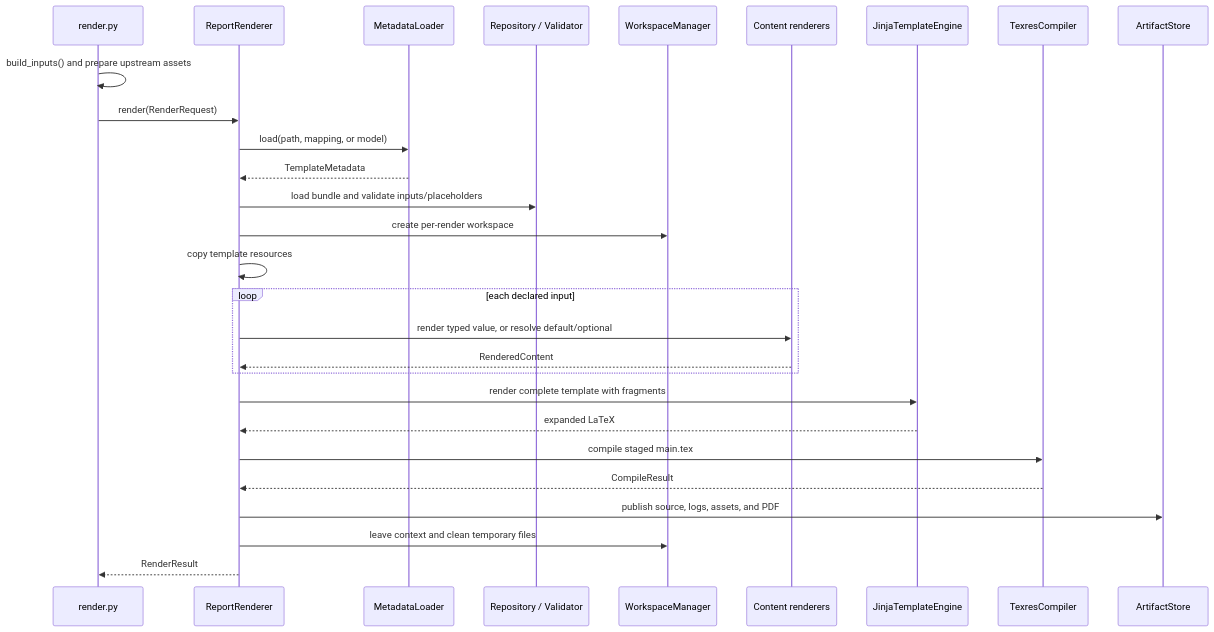
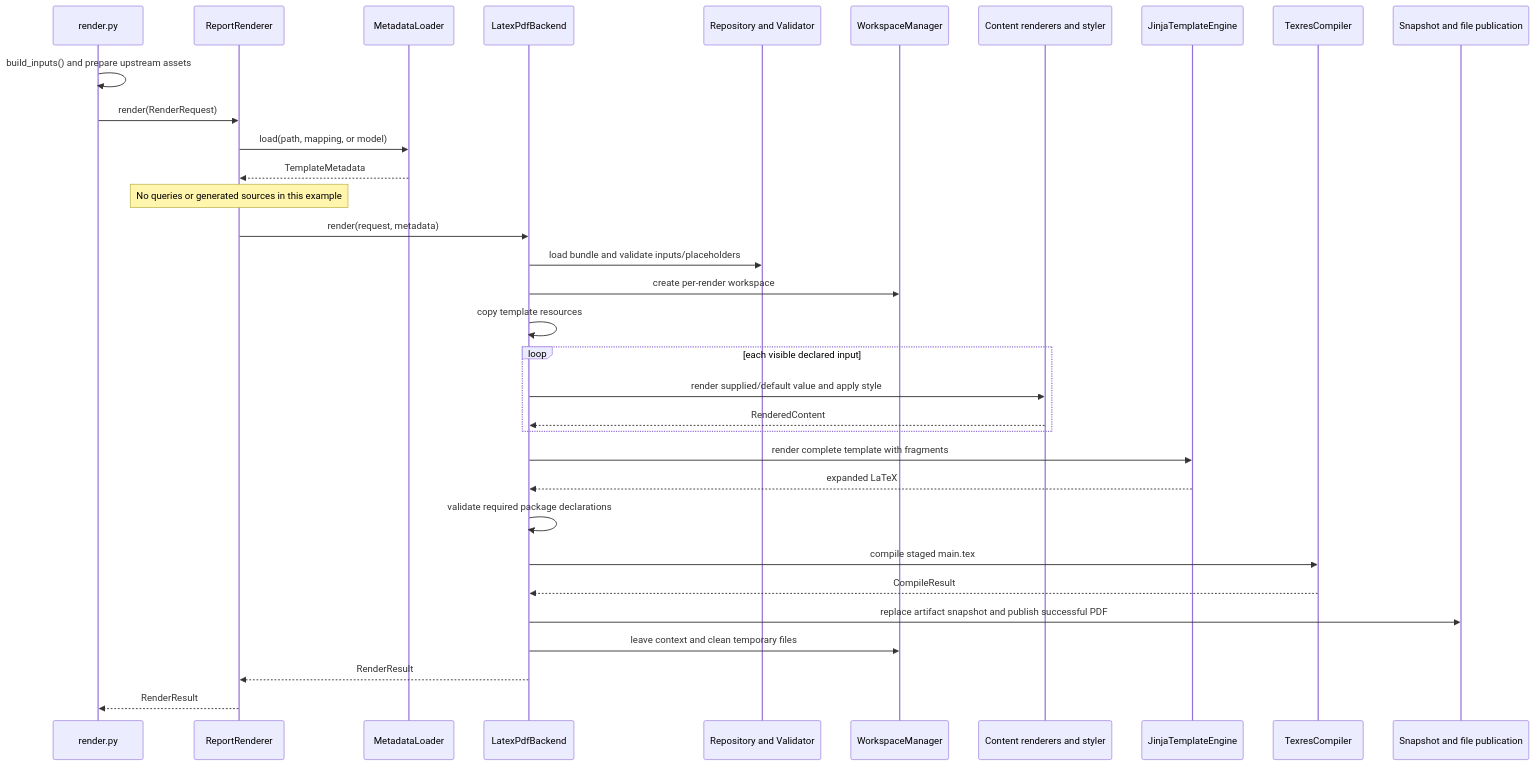
One commit to binzhango/report_agent changed the diagram in docs/comprehensive-example-walkthrough.md. Above: the diagram before and after it, drawn with Mermaid. The commit also changed other lines of this file and 14 other files, not shown here.

Commit message:
Update architecture and documentation for current report backends

````diff
--- a/docs/comprehensive-example-walkthrough.md
+++ b/docs/comprehensive-example-walkthrough.md
@@ -401,30 +408,35 @@
 ```mermaid
 sequenceDiagram
     participant Example as render.py
-    participant Service as ReportRenderer
+    participant Facade as ReportRenderer
     participant Metadata as MetadataLoader
-    participant Template as Repository / Validator
+    participant Backend as LatexPdfBackend
+    participant Template as Repository and Validator
     participant Workspace as WorkspaceManager
-    participant Content as Content renderers
+    participant Content as Content renderers and styler
     participant Jinja as JinjaTemplateEngine
     participant TeX as TexresCompiler
-    participant Store as ArtifactStore
+    participant Store as Snapshot and file publication
     Example->>Example: build_inputs() and prepare upstream assets
-    Example->>Service: render(RenderRequest)
-    Service->>Metadata: load(path, mapping, or model)
-    Metadata-->>Service: TemplateMetadata
-    Service->>Template: load bundle and validate inputs/placeholders
-    Service->>Workspace: create per-render workspace
-    Service->>Service: copy template resources
-    loop each declared input
-        Service->>Content: render typed value, or resolve default/optional
-        Content-->>Service: RenderedContent
+    Example->>Facade: render(RenderRequest)
+    Facade->>Metadata: load(path, mapping, or model)
+    Metadata-->>Facade: TemplateMetadata
+    Note over Facade: No queries or generated sources in this example
+    Facade->>Backend: render(request, metadata)
+    Backend->>Template: load bundle and validate inputs/placeholders
+    Backend->>Workspace: create per-render workspace
+    Backend->>Backend: copy template resources
+    loop each visible declared input
+        Backend->>Content: render supplied/default value and apply style
+        Content-->>Backend: RenderedContent
     end
-    Service->>Jinja: render complete template with fragments
-    Jinja-->>Service: expanded LaTeX
-    Service->>TeX: compile staged main.tex
-    TeX-->>Service: CompileResult
-    Service->>Store: publish source, logs, assets, and PDF
-    Service->>Workspace: leave context and clean temporary files
-    Service-->>Example: RenderResult
+    Backend->>Jinja: render complete template with fragments
+    Jinja-->>Backend: expanded LaTeX
+    Backend->>Backend: validate required package declarations
+    Backend->>TeX: compile staged main.tex
+    TeX-->>Backend: CompileResult
+    Backend->>Store: replace artifact snapshot and publish successful PDF
+    Backend->>Workspace: leave context and clean temporary files
+    Backend-->>Facade: RenderResult
+    Facade-->>Example: RenderResult
 ```
````
